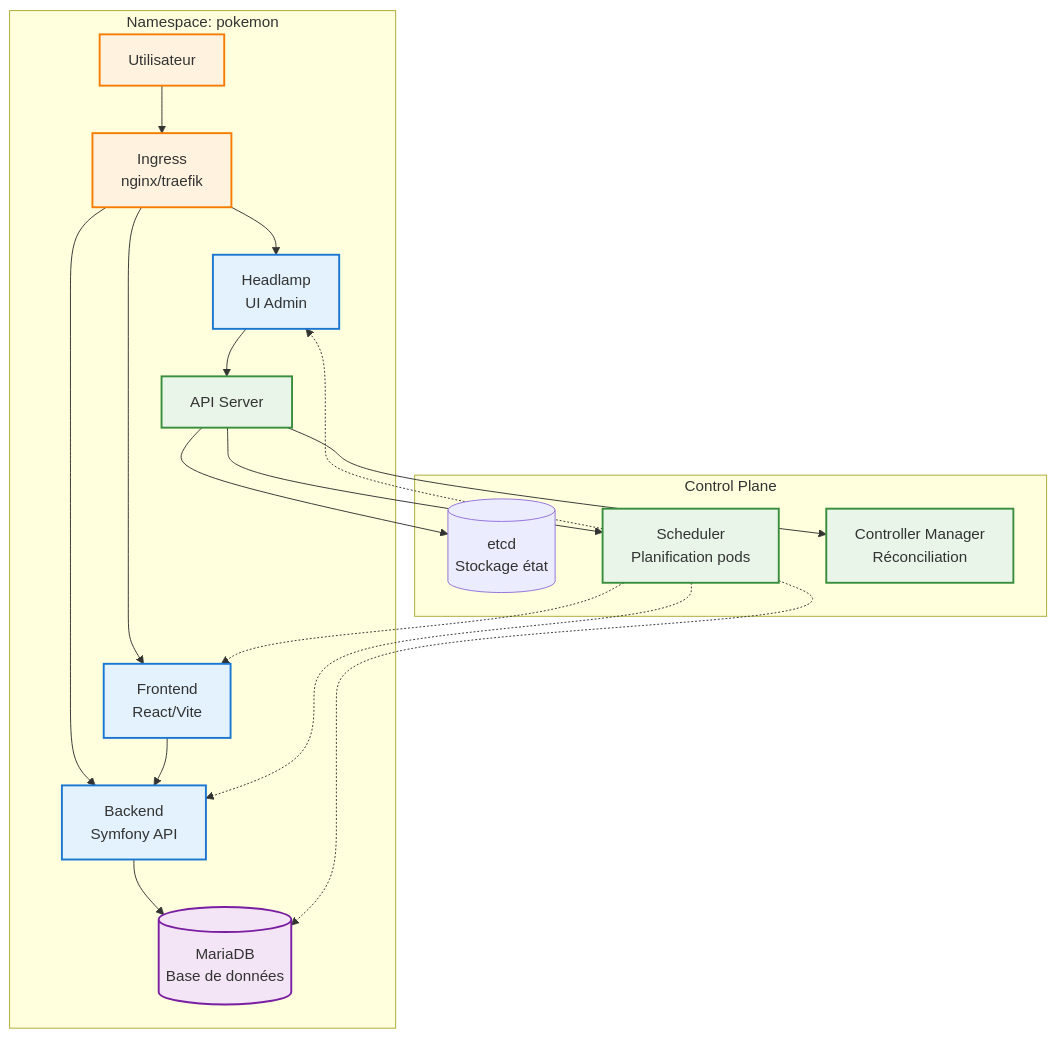
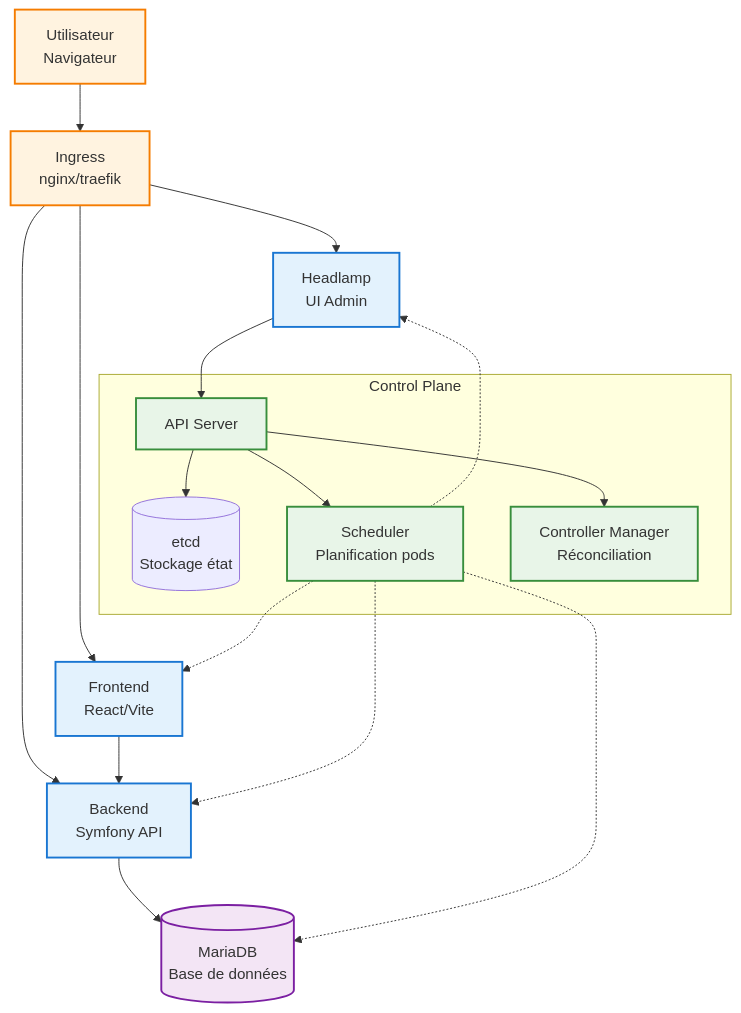
Before and after one commit to EkinOox/PokemonDocker: the first of 2 diagrams in schema.md, drawn with Mermaid. The commit also changed other lines of this file and 6 other files, not shown here.

````diff
--- a/schema.md
+++ b/schema.md
@@ -20,36 +20,34 @@
 ```mermaid
-flowchart TB
-    subgraph "Namespace: pokemon"
-        User[ Utilisateur] --> Ingress[ Ingress<br/>nginx/traefik]
+flowchart TD
+    User[ Utilisateur<br/>Navigateur] --> Ingress[ Ingress<br/>nginx/traefik]
 
-        Ingress --> Frontend[ Frontend<br/>React/Vite]
-        Ingress --> Backend[ Backend<br/>Symfony API]
-        Ingress --> Headlamp[ Headlamp<br/>UI Admin]
+    Ingress --> Frontend[ Frontend<br/>React/Vite]
+    Ingress --> Backend[ Backend<br/>Symfony API]
+    Ingress --> Headlamp[ Headlamp<br/>UI Admin]
 
-        Frontend --> Backend
-        Backend --> DB[( MariaDB<br/>Base de données)]
+    Frontend --> Backend
+    Backend --> DB[( MariaDB<br/>Base de données)]
 
-        Headlamp --> API[ API Server]
-    end
+    Headlamp --> API[ API Server]
 
     subgraph "Control Plane"
         API --> etcd[( etcd<br/>Stockage état)]
         API --> Scheduler[ Scheduler<br/>Planification pods]
         API --> Controller[ Controller Manager<br/>Réconciliation]
     end
 
     Scheduler -.-> Frontend
     Scheduler -.-> Backend
     Scheduler -.-> DB
     Scheduler -.-> Headlamp
 
     classDef app fill:#e3f2fd,stroke:#1976d2,stroke-width:2px;
     classDef db fill:#f3e5f5,stroke:#7b1fa2,stroke-width:2px;
     classDef control fill:#e8f5e8,stroke:#388e3c,stroke-width:2px;
     classDef external fill:#fff3e0,stroke:#f57c00,stroke-width:2px;
 
     class User,Ingress external;
     class Frontend,Backend,Headlamp app;
     class DB db;
     class API,Scheduler,Controller control;
 ```
````
